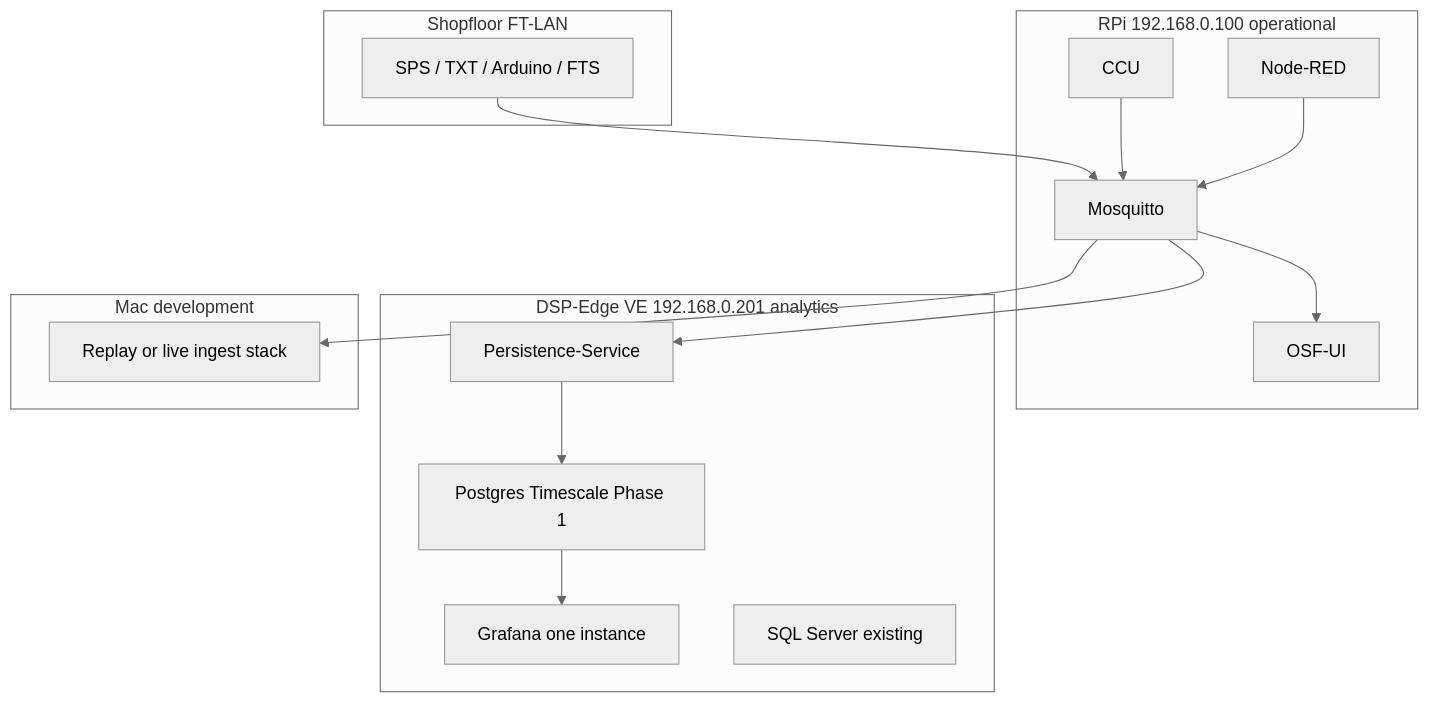
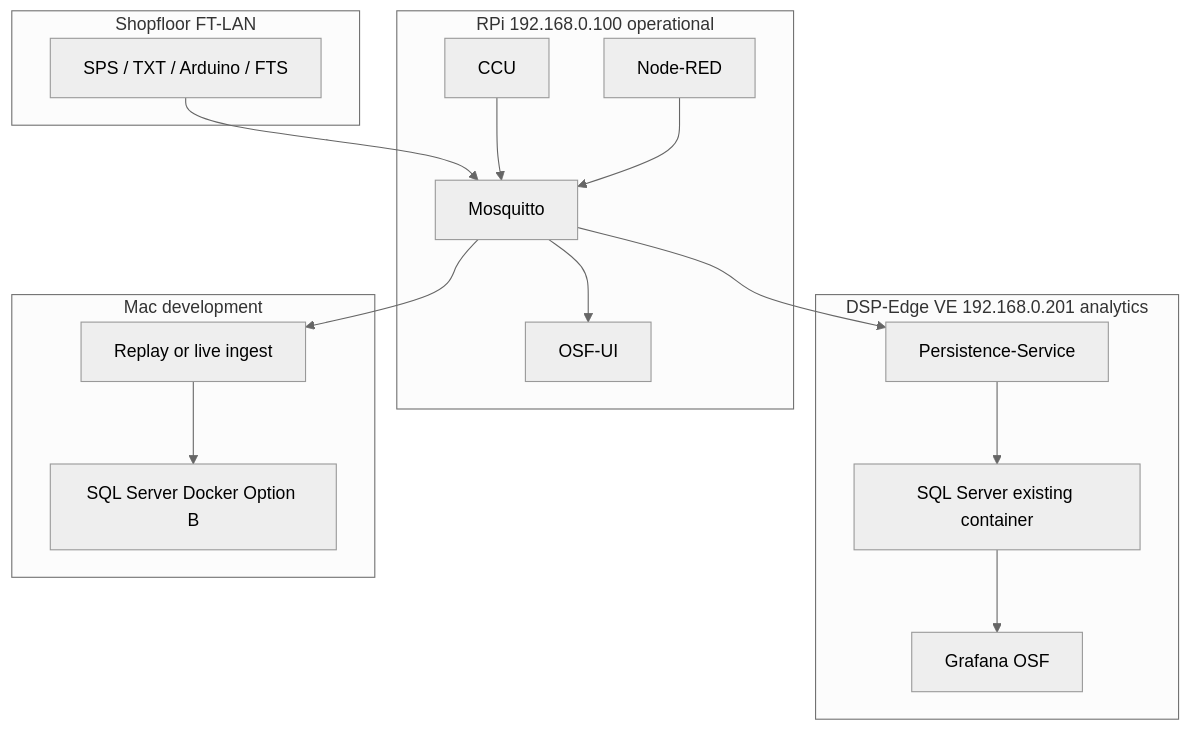
One commit to OliverBerger-ORBIS/ORBIS-Modellfabrik changed the diagram in docs/04-howto/deployment/dsp-edge-osf-persistence.md. Above: the diagram before and after it, drawn with Mermaid (neutral theme). The commit also changed other lines of this file and 18 other files, not shown here.

First line of the commit message:
feat(edge-persistence): local SQL Server Option B and T-SQL schema

````diff
--- a/docs/04-howto/deployment/dsp-edge-osf-persistence.md
+++ b/docs/04-howto/deployment/dsp-edge-osf-persistence.md
@@ -16,33 +17,34 @@
 ```mermaid
 flowchart TB
   subgraph shop["Shopfloor FT-LAN"]
     HW["SPS / TXT / Arduino / FTS"]
   end
 
   subgraph rpi["RPi 192.168.0.100 operational"]
     CCU["CCU"]
     NR["Node-RED"]
     MQTT["Mosquitto"]
     OSFUI["OSF-UI"]
   end
 
   subgraph dsp["DSP-Edge VE 192.168.0.201 analytics"]
     PERS["Persistence-Service"]
-    PG["Postgres Timescale Phase 1"]
-    GRAF["Grafana one instance"]
-    SQL["SQL Server existing"]
+    GRAF["Grafana OSF"]
+    SQL["SQL Server existing container"]
   end
 
   subgraph mac["Mac development"]
-    STACK["Replay or live ingest stack"]
+    STACK["Replay or live ingest"]
+    DEVSQL["SQL Server Docker Option B"]
   end
 
   HW --> MQTT
   CCU --> MQTT
   NR --> MQTT
   MQTT --> OSFUI
   MQTT --> PERS
   MQTT --> STACK
-  PERS --> PG
-  PG --> GRAF
+  PERS --> SQL
+  SQL --> GRAF
+  STACK --> DEVSQL
 ```
````
